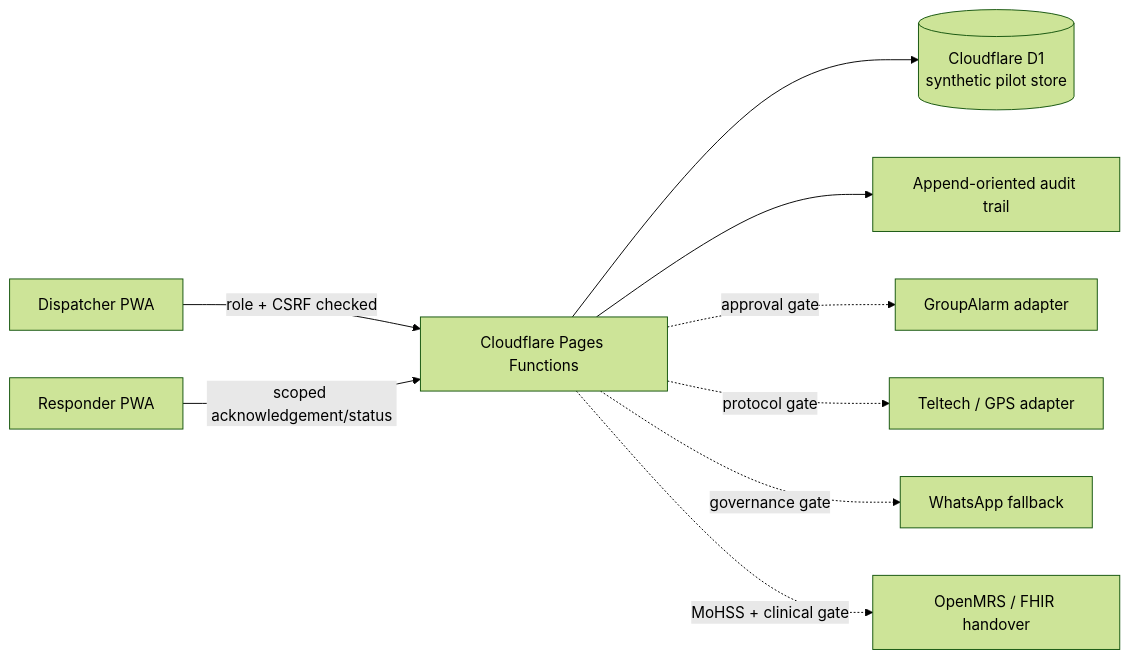
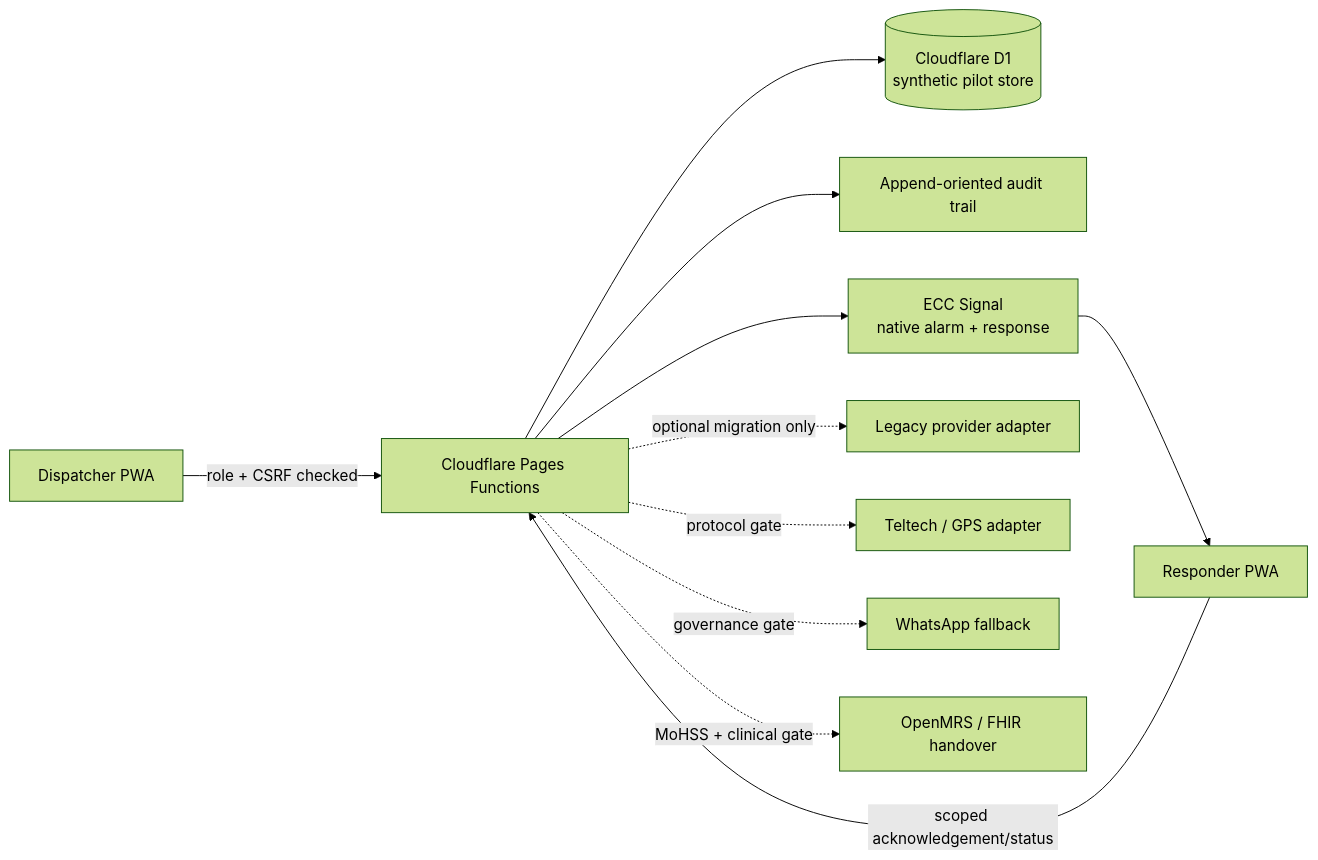
One commit to freeman-ipumbu/ecc-command-case-study changed the diagram in README.md. Above: the diagram before and after it, drawn with Mermaid (forest theme). The commit also changed other lines of this file, not shown here.

Commit message:
Document native ECC Signal codebook

````diff
--- a/README.md
+++ b/README.md
@@ -69,11 +87,13 @@
 ```mermaid
 flowchart LR
     A[Dispatcher PWA] -->|role + CSRF checked| B[Cloudflare Pages Functions]
     R[Responder PWA] -->|scoped acknowledgement/status| B
     B --> D[(Cloudflare D1\nsynthetic pilot store)]
     B --> U[Append-oriented audit trail]
-    B -. approval gate .-> G[GroupAlarm adapter]
+    B --> S[ECC Signal\nnative alarm + response]
+    S --> R
+    B -. optional migration only .-> G[Legacy provider adapter]
     B -. protocol gate .-> T[Teltech / GPS adapter]
     B -. governance gate .-> W[WhatsApp fallback]
     B -. MoHSS + clinical gate .-> F[OpenMRS / FHIR handover]
 ```
````
